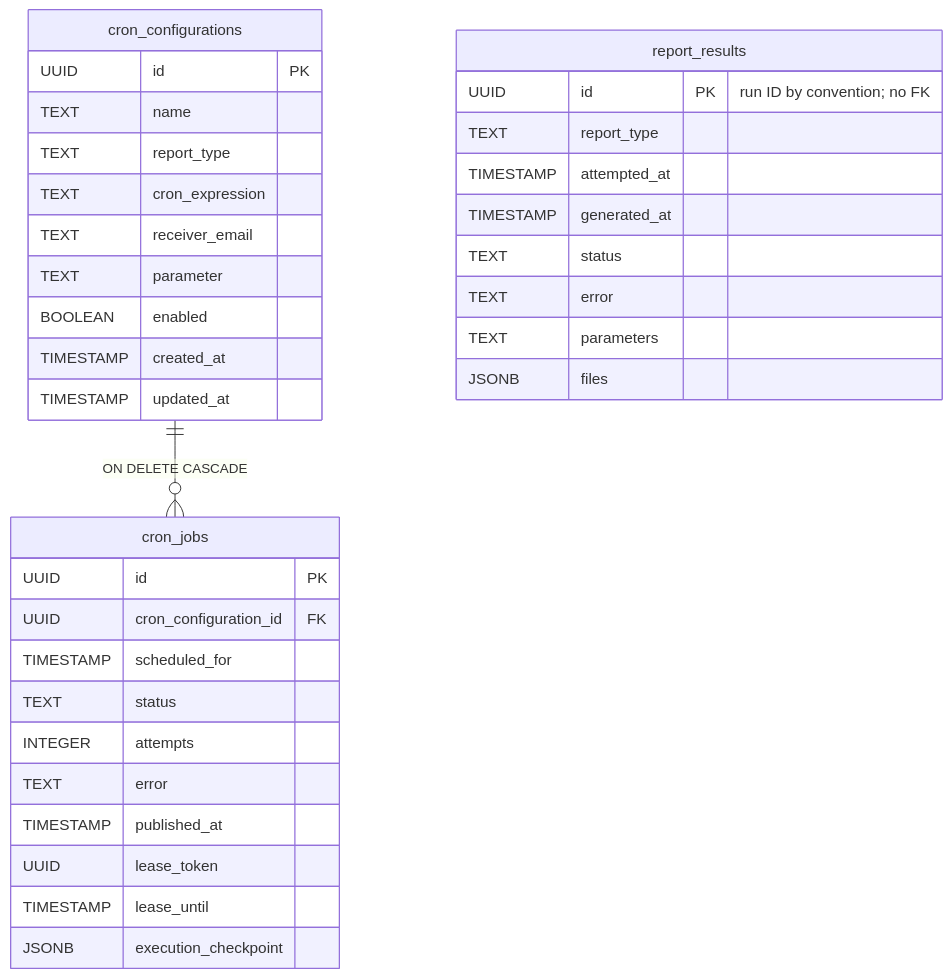
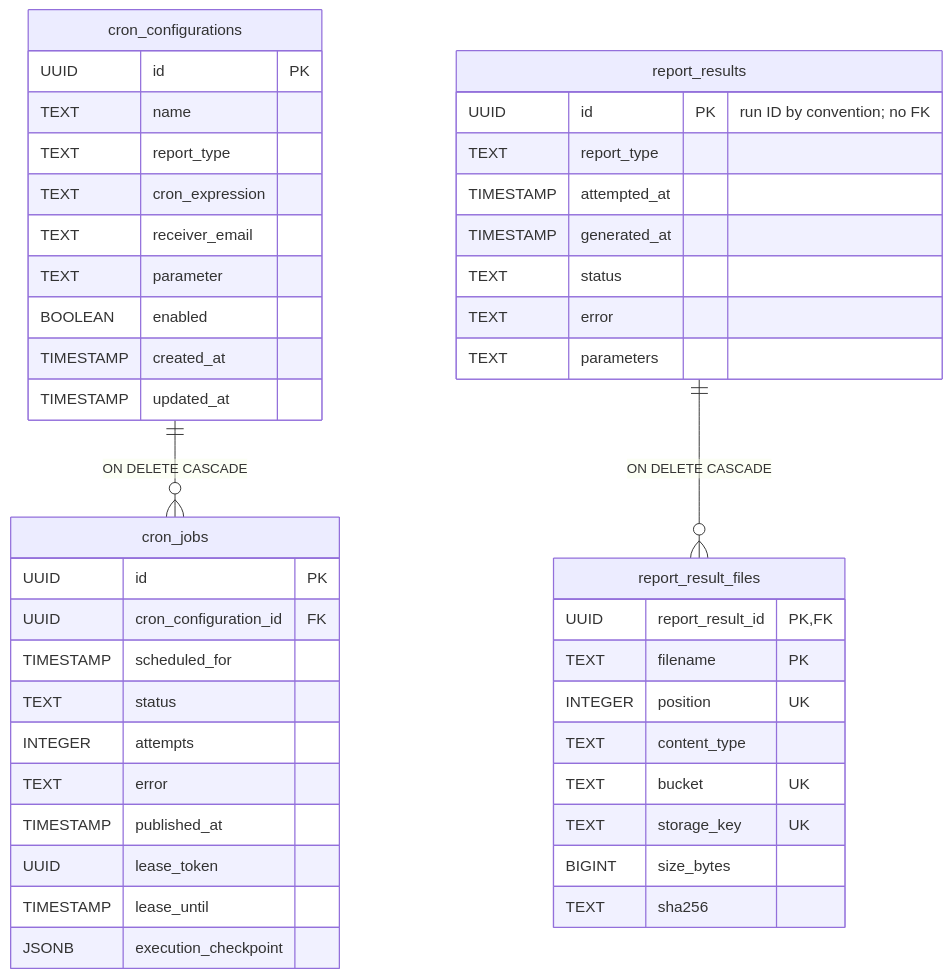
Before and after one commit to enzumeii/monolith: the second of 3 diagrams in docs/cron.md, drawn with Mermaid. The commit also changed other lines of this file and 141 other files, not shown here.

````diff
--- a/docs/cron.md
+++ b/docs/cron.md
@@ -43,37 +63,47 @@
 ```mermaid
 erDiagram
   cron_configurations ||--o{ cron_jobs : "ON DELETE CASCADE"
   cron_configurations {
     UUID id PK
     TEXT name
     TEXT report_type
     TEXT cron_expression
     TEXT receiver_email
     TEXT parameter
     BOOLEAN enabled
     TIMESTAMP created_at
     TIMESTAMP updated_at
   }
   cron_jobs {
     UUID id PK
     UUID cron_configuration_id FK
     TIMESTAMP scheduled_for
     TEXT status
     INTEGER attempts
     TEXT error
     TIMESTAMP published_at
     UUID lease_token
     TIMESTAMP lease_until
     JSONB execution_checkpoint
   }
+  report_results ||--o{ report_result_files : "ON DELETE CASCADE"
   report_results {
     UUID id PK "run ID by convention; no FK"
     TEXT report_type
     TIMESTAMP attempted_at
     TIMESTAMP generated_at
     TEXT status
     TEXT error
     TEXT parameters
-    JSONB files
+  }
+  report_result_files {
+    UUID report_result_id PK,FK
+    TEXT filename PK
+    INTEGER position UK
+    TEXT content_type
+    TEXT bucket UK
+    TEXT storage_key UK
+    BIGINT size_bytes
+    TEXT sha256
   }
 ```
````
